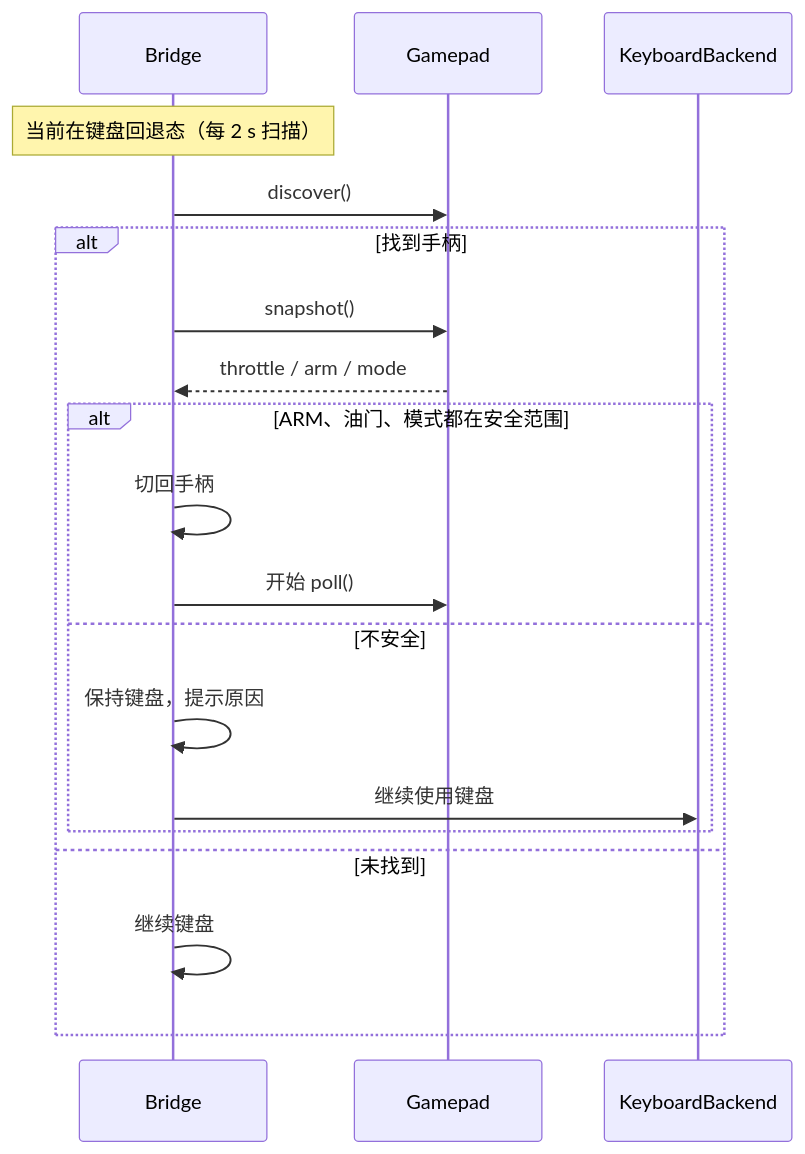
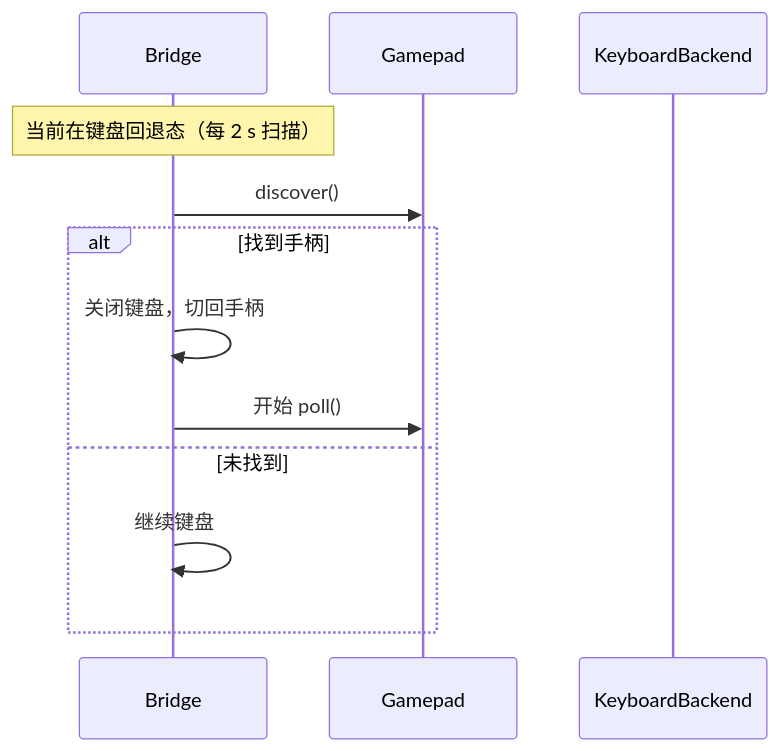
One commit to XinyiLiu577086410/Joystick-for-iNav-XPlane11-SITL changed the sixth of 10 diagrams in docs/cross-platform-refactor-plan.md. Above: the diagram before and after it, drawn with Mermaid. The commit also changed other lines of this file and 2 other files, not shown here.

````diff
--- a/docs/cross-platform-refactor-plan.md
+++ b/docs/cross-platform-refactor-plan.md
@@ -526,22 +518,15 @@
 ```mermaid
 sequenceDiagram
     participant BR as Bridge
     participant GP as Gamepad
     participant KB as KeyboardBackend
 
     Note over BR: 当前在键盘回退态（每 2 s 扫描）
     BR->>GP: discover()
     alt 找到手柄
-        BR->>GP: snapshot()
-        GP-->>BR: throttle / arm / mode
-        alt ARM、油门、模式都在安全范围
-            BR->>BR: 切回手柄
-            BR->>GP: 开始 poll()
-        else 不安全
-            BR->>BR: 保持键盘，提示原因
-            BR->>KB: 继续使用键盘
-        end
+        BR->>BR: 关闭键盘，切回手柄
+        BR->>GP: 开始 poll()
     else 未找到
         BR->>BR: 继续键盘
     end
 ```
````
